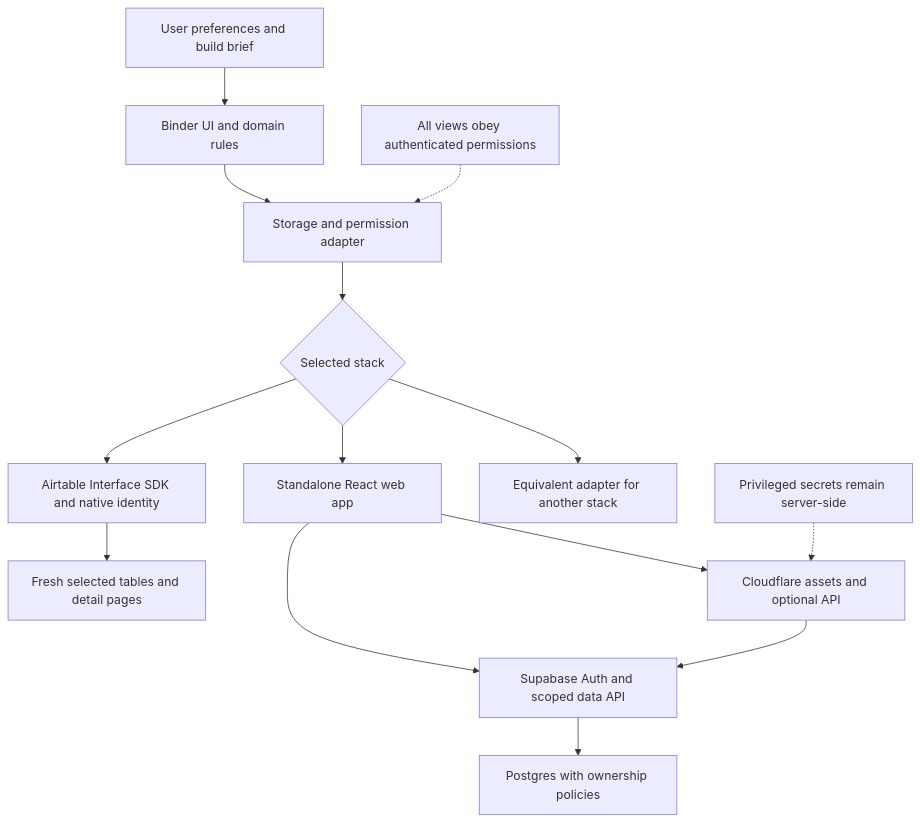
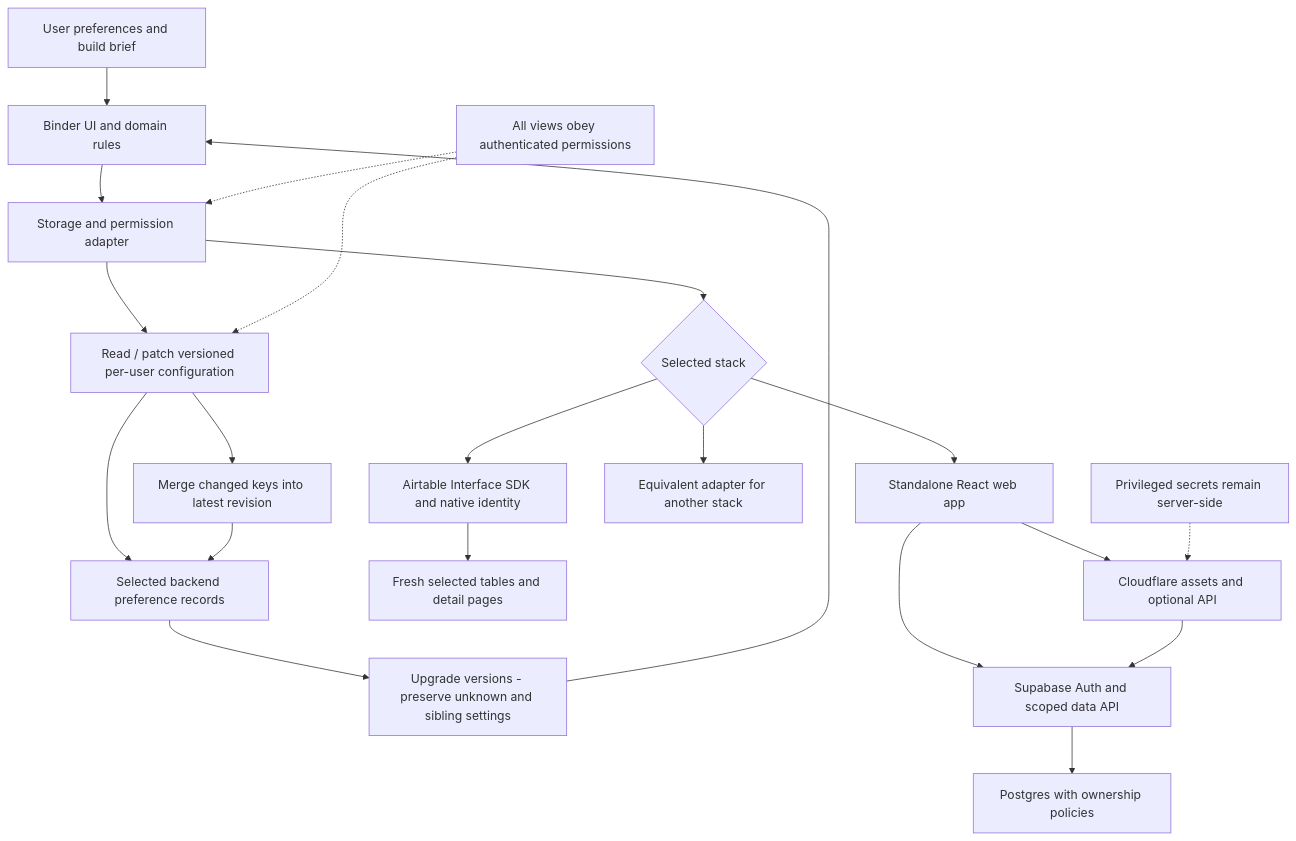
One commit to asymetryk/trapper-keeper-starter changed the sixth of 7 diagrams in RECIPE.md. Above: the diagram before and after it, drawn with Mermaid. The commit also changed other lines of this file and 26 other files, not shown here.

Commit message:
Document persistent binder configuration and task and journal flows

````diff
--- a/RECIPE.md
+++ b/RECIPE.md
@@ -902,16 +1096,23 @@
 ```mermaid
 flowchart TB
   P[User preferences and build brief] --> UI[Binder UI and domain rules]
   UI --> Contract[Storage and permission adapter]
+  Contract --> Config[Read / patch versioned per-user configuration]
+  Config --> Store[Selected backend preference records]
+  Store --> Upgrade[Upgrade versions - preserve unknown and sibling settings]
+  Upgrade --> UI
+  Config --> Revision[Merge changed keys into latest revision]
+  Revision --> Store
   Contract --> Choice{Selected stack}
   Choice --> A[Airtable Interface SDK and native identity]
   A --> AT[Fresh selected tables and detail pages]
   Choice --> Web[Standalone React web app]
   Web --> CF[Cloudflare assets and optional API]
   Web --> S[Supabase Auth and scoped data API]
   CF --> S
   S --> DB[Postgres with ownership policies]
   Choice --> Other[Equivalent adapter for another stack]
   Secrets[Privileged secrets remain server-side] -.-> CF
   Auth[All views obey authenticated permissions] -.-> Contract
+  Auth -.-> Config
 ```
````
